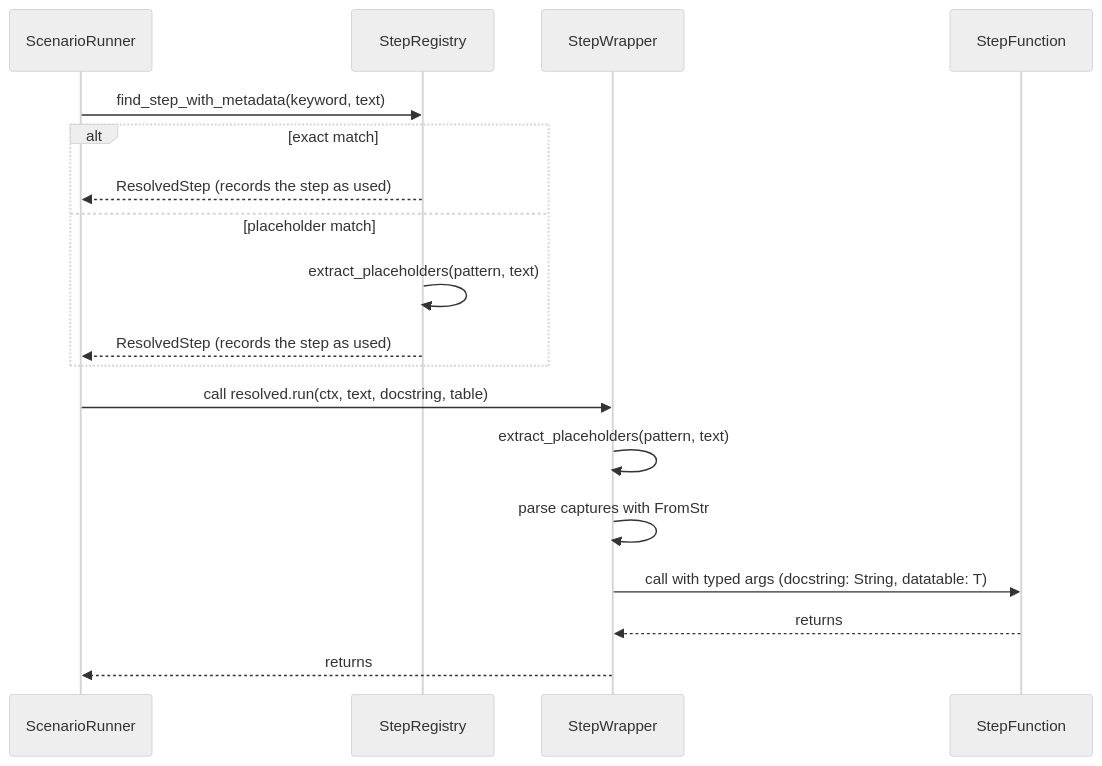
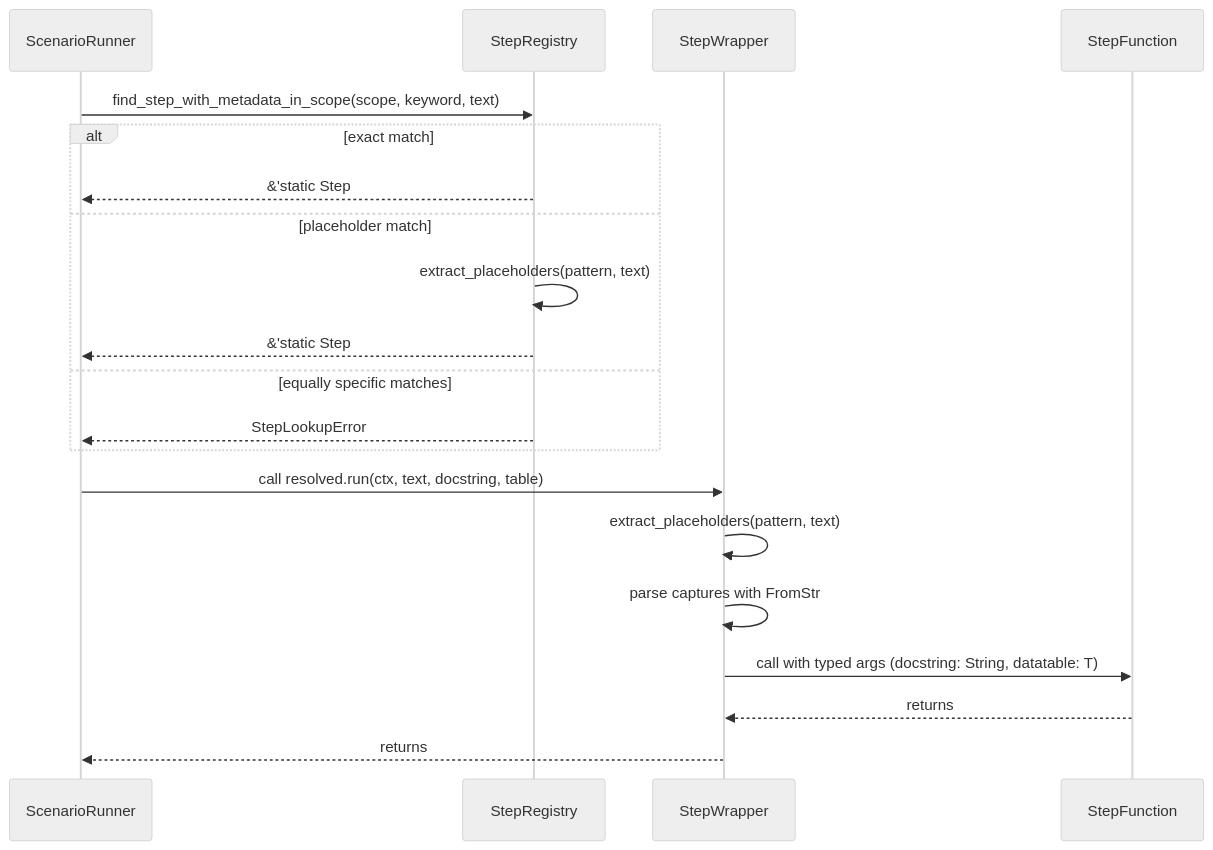
One commit to leynos/rstest-bdd changed diagram 20 of 21 in docs/rstest-bdd-design.md. Above: the diagram before and after it, drawn with Mermaid (neutral theme). The commit also changed other lines of this file and 165 other files, not shown here.

````diff
--- a/docs/rstest-bdd-design.md
+++ b/docs/rstest-bdd-design.md
@@ -3151,21 +3174,23 @@
 ```mermaid
 sequenceDiagram
     participant ScenarioRunner
     participant StepRegistry
     participant StepWrapper
     participant StepFunction
 
-    ScenarioRunner->>StepRegistry: find_step_with_metadata(keyword, text)
+    ScenarioRunner->>StepRegistry: find_step_with_metadata_in_scope(scope, keyword, text)
     alt exact match
-        StepRegistry-->>ScenarioRunner: ResolvedStep (records the step as used)
+        StepRegistry-->>ScenarioRunner: &'static Step
     else placeholder match
         StepRegistry->>StepRegistry: extract_placeholders(pattern, text)
-        StepRegistry-->>ScenarioRunner: ResolvedStep (records the step as used)
+        StepRegistry-->>ScenarioRunner: &'static Step
+    else equally specific matches
+        StepRegistry-->>ScenarioRunner: StepLookupError
     end
     ScenarioRunner->>StepWrapper: call resolved.run(ctx, text, docstring, table)
     StepWrapper->>StepWrapper: extract_placeholders(pattern, text)
     StepWrapper->>StepWrapper: parse captures with FromStr
     StepWrapper->>StepFunction: call with typed args (docstring: String, datatable: T)
     StepFunction-->>StepWrapper: returns
     StepWrapper-->>ScenarioRunner: returns
 ```
````
